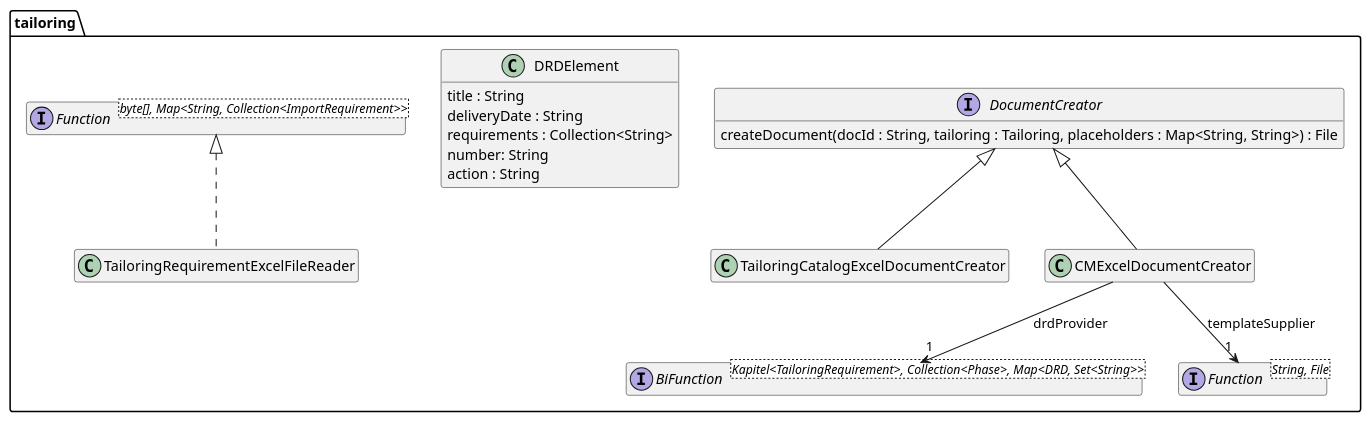
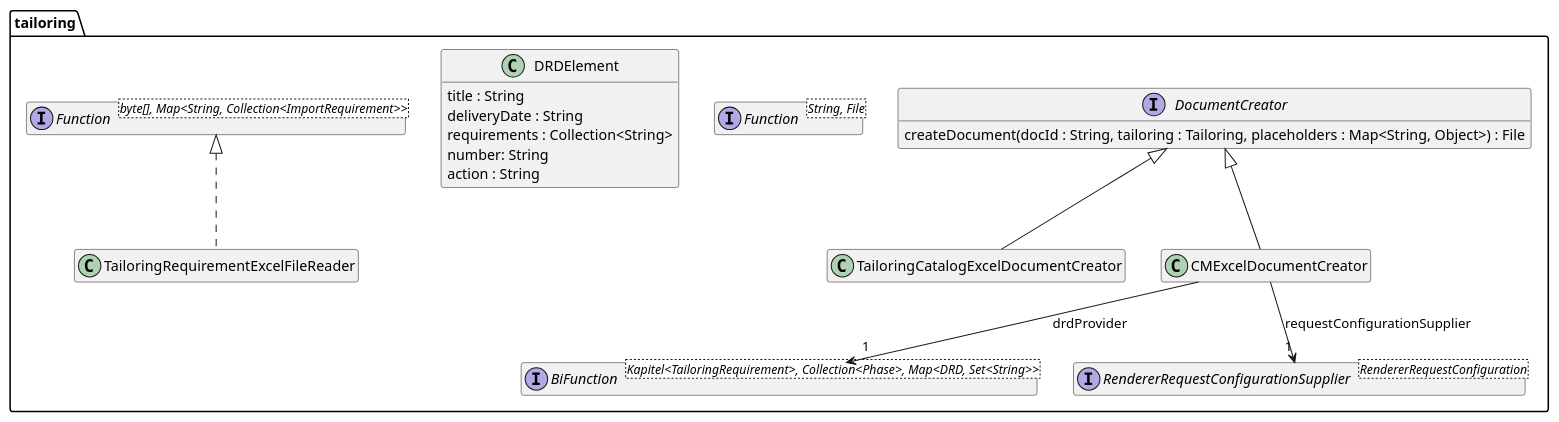
Before and after one commit to tailoringexpert/platform: the diagram in src/site/arc42/plantuml/poi/tailoring/Ebene3.plantuml, drawn with PlantUML. The commit also changed 43 other files, not shown here.

```diff
--- a/src/site/arc42/plantuml/poi/tailoring/Ebene3.plantuml
+++ b/src/site/arc42/plantuml/poi/tailoring/Ebene3.plantuml
@@ -1,41 +1,44 @@
 @startuml Ebene3.png
 hide empty members
 
 package tailoring {
 
     interface DocumentCreator {
-        createDocument(docId : String, tailoring : Tailoring, placeholders : Map<String, String>) : File
+        createDocument(docId : String, tailoring : Tailoring, placeholders : Map<String, Object>) : File
     }
 
     interface "BiFunction<Kapitel<TailoringRequirement>, Collection<Phase>, Map<DRD, Set<String>>>" as drdSupplier {
     }
 
     interface "Function<String, File>" as templateSupplier {
+    }
+
+    interface "RendererRequestConfigurationSupplier<RendererRequestConfiguration>" as RendererRequestConfigurationSupplier {
     }
 
     class TailoringCatalogExcelDocumentCreator {
     }
     DocumentCreator <|-- TailoringCatalogExcelDocumentCreator
 
     class CMExcelDocumentCreator {
     }
     DocumentCreator <|-- CMExcelDocumentCreator
-    CMExcelDocumentCreator --> "1" templateSupplier : templateSupplier
+    CMExcelDocumentCreator --> "1" RendererRequestConfigurationSupplier : requestConfigurationSupplier
     CMExcelDocumentCreator --> "1" drdSupplier : drdProvider
 
     class DRDElement {
         title : String
         deliveryDate : String
         requirements : Collection<String>
         number: String
         action : String
     }
 
     interface "Function<byte[], Map<String, Collection<ImportRequirement>>>" as requirementFunction {
     }
 
     class TailoringRequirementExcelFileReader {
     }
     requirementFunction <|.. TailoringRequirementExcelFileReader
 }
 @enduml
```
